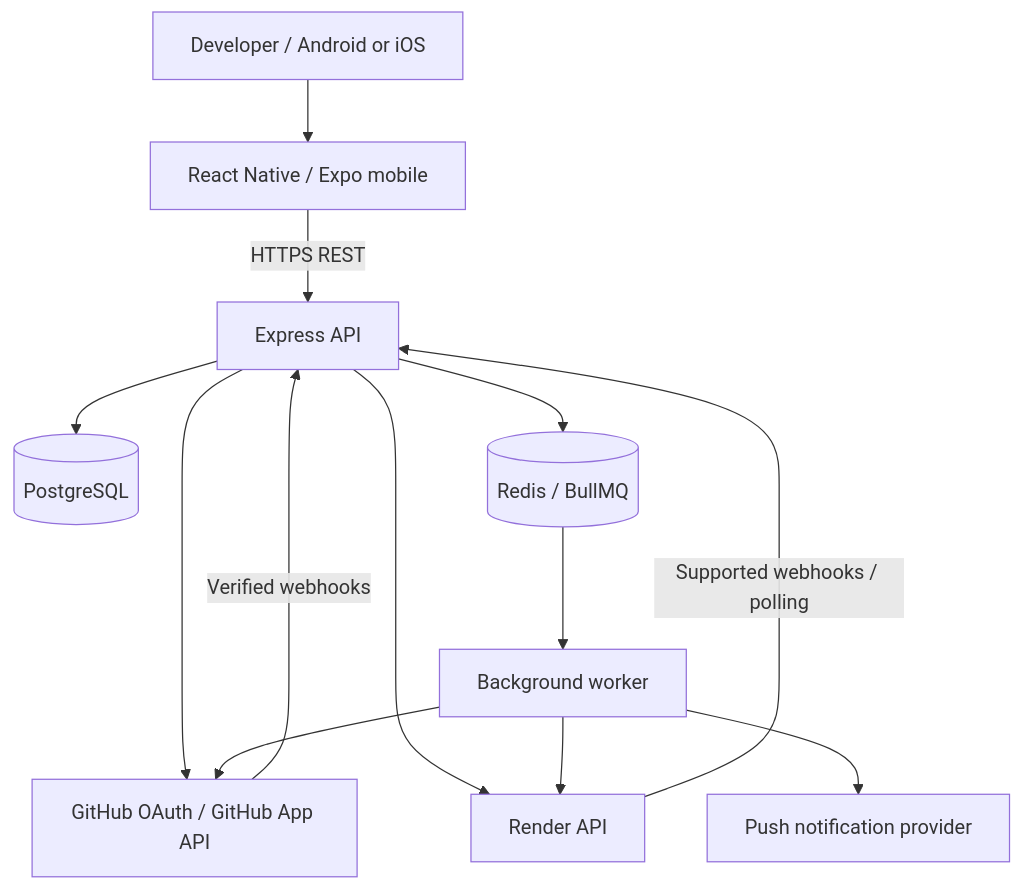
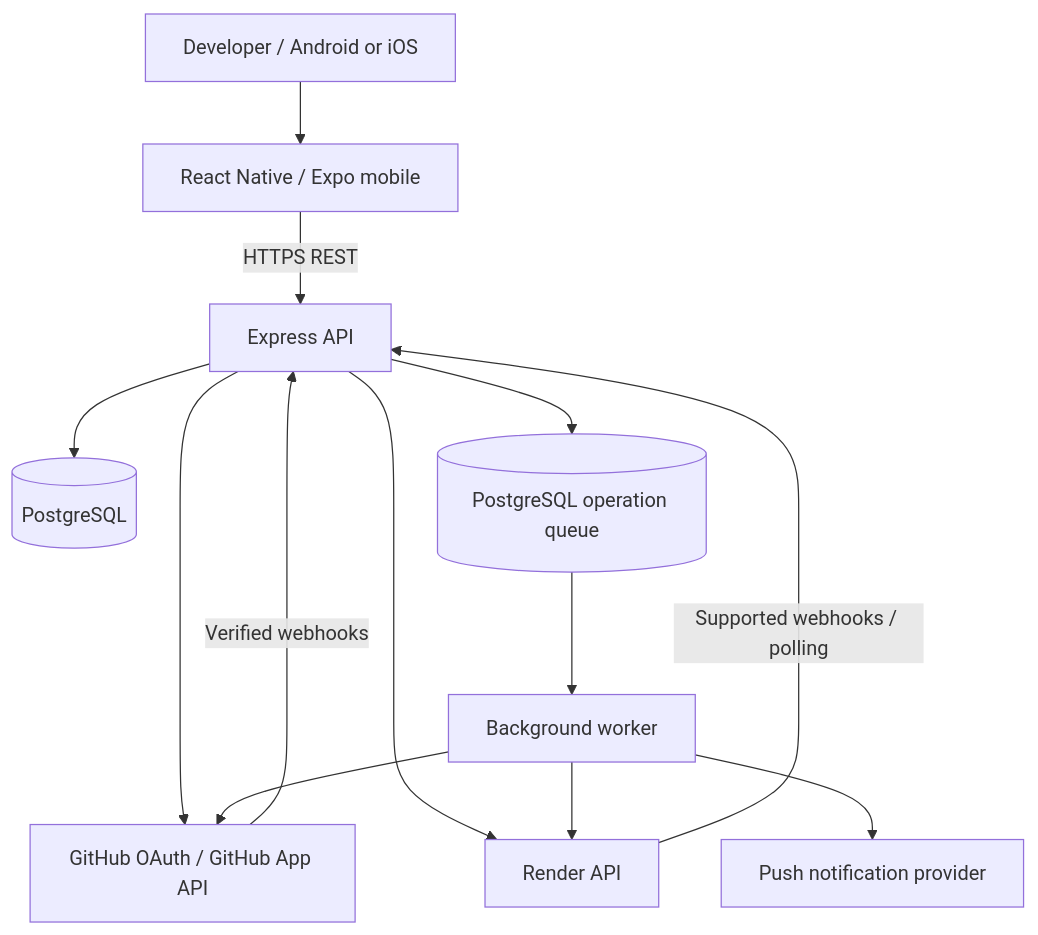
The first of 3 diagrams in docs/ARCHITECTURE.md (Ayomidade/pocketops), drawn with Mermaid before and after one commit. The commit also changed other lines of this file and 115 other files, not shown here.

````diff
--- a/docs/ARCHITECTURE.md
+++ b/docs/ARCHITECTURE.md
@@ -11,15 +11,15 @@
 ```mermaid
 flowchart TD
   D[Developer / Android or iOS] --> M[React Native / Expo mobile]
   M -->|HTTPS REST| A[Express API]
   A --> DB[(PostgreSQL)]
-  A --> Q[(Redis / BullMQ)]
+  A --> Q[(PostgreSQL operation queue)]
   Q --> W[Background worker]
   A --> GH[GitHub OAuth / GitHub App API]
   A --> R[Render API]
   W --> GH
   W --> R
   GH -->|Verified webhooks| A
   R -->|Supported webhooks / polling| A
   W --> N[Push notification provider]
 ```
````
